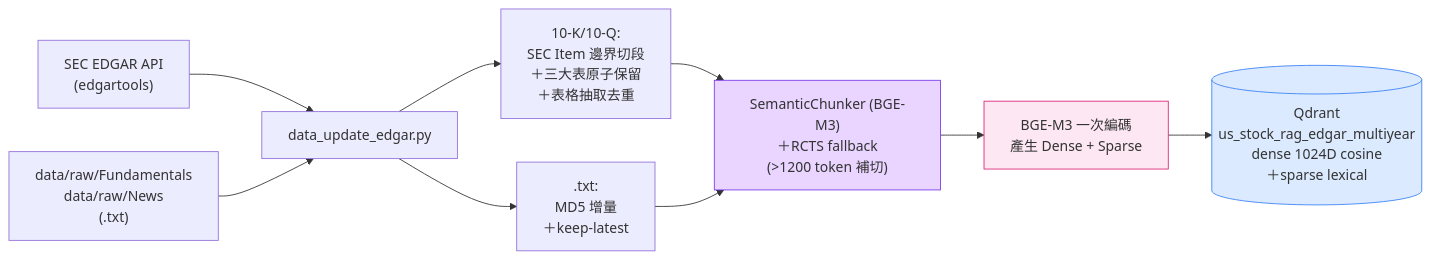
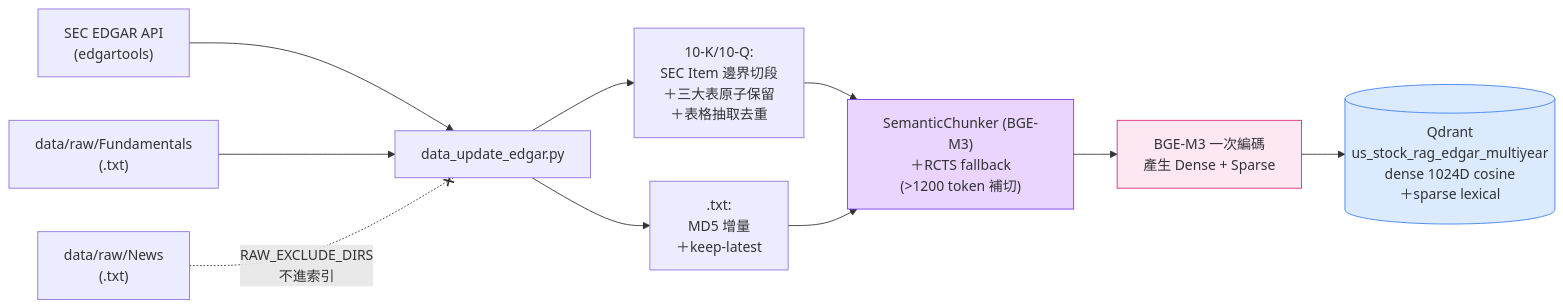
Before and after one commit to Allen900913/Agentic_RAG: the first of 2 diagrams in README.md, drawn with Mermaid. The commit also changed other lines of this file and 9 other files, not shown here.

````diff
--- a/README.md
+++ b/README.md
@@ -54,15 +55,16 @@
 ```mermaid
 graph LR
     A1["SEC EDGAR API<br/>(edgartools)"] --> B["data_update_edgar.py"]
-    A2["data/raw/Fundamentals<br/>data/raw/News<br/>(.txt)"] --> B
+    A2["data/raw/Fundamentals<br/>(.txt)"] --> B
+    A3["data/raw/News<br/>(.txt)"] -. "RAW_EXCLUDE_DIRS<br/>不進索引" .-x B
     B --> C1["10-K/10-Q:<br/>SEC Item 邊界切段<br/>＋三大表原子保留<br/>＋表格抽取去重"]
     B --> C2[".txt:<br/>MD5 增量<br/>＋keep-latest"]
     C1 --> D["SemanticChunker (BGE-M3)<br/>＋RCTS fallback<br/>(>1200 token 補切)"]
     C2 --> D
     D --> E["BGE-M3 一次編碼<br/>產生 Dense + Sparse"]
     E --> F[("Qdrant<br/>us_stock_rag_edgar_multiyear<br/>dense 1024D cosine<br/>＋sparse lexical")]
 
     style F fill:#dbeafe,stroke:#3b82f6
     style E fill:#fce7f3,stroke:#db2777
     style D fill:#e9d5ff,stroke:#7c3aed
 ```
````
